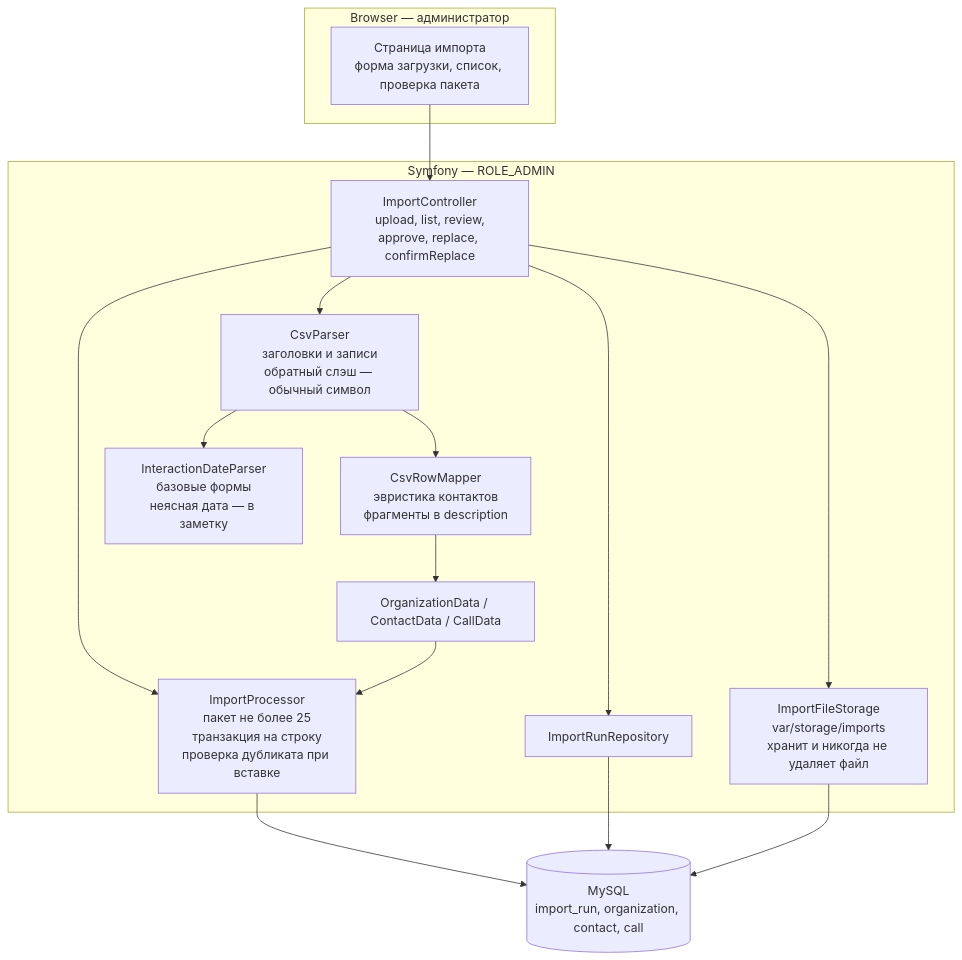
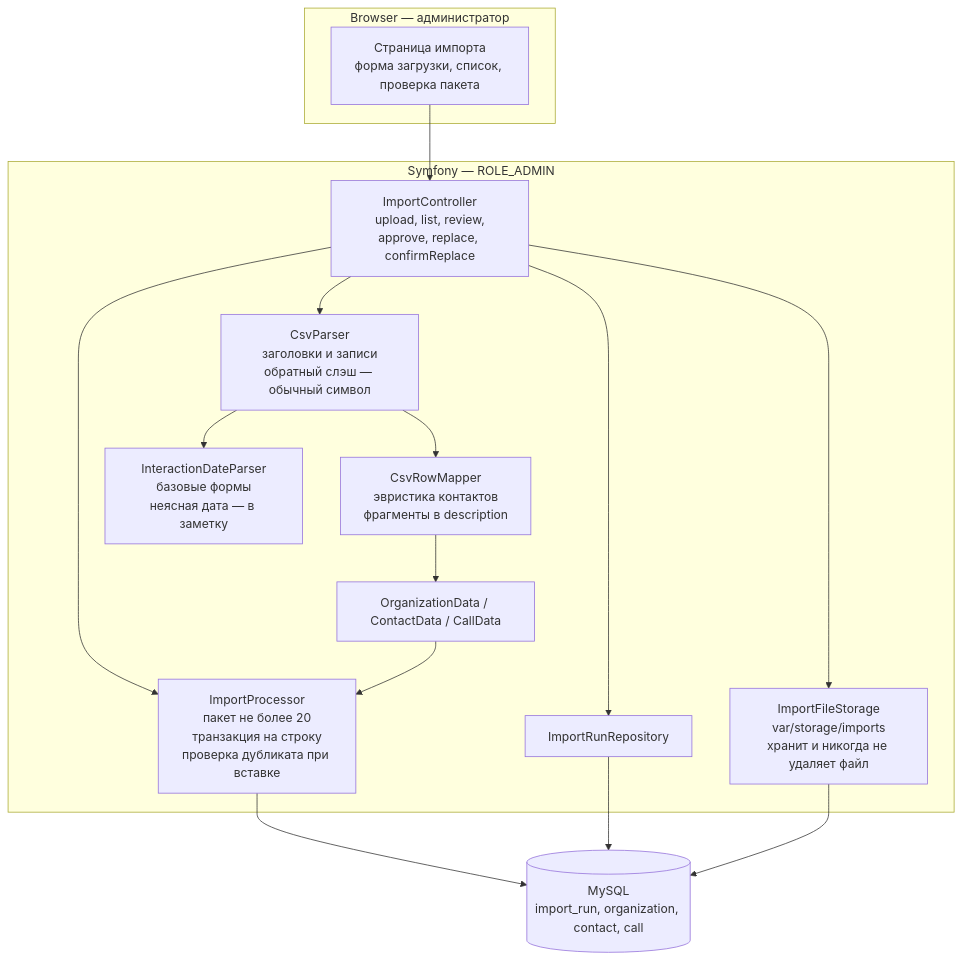
One commit to AliakseiBurak/crm-one changed the first of 3 diagrams in openspec/changes/add-organizations-csv-import/design.md. Above: the diagram before and after it, drawn with Mermaid. The commit also changed other lines of this file and 7 other files, not shown here.

````diff
--- a/openspec/changes/add-organizations-csv-import/design.md
+++ b/openspec/changes/add-organizations-csv-import/design.md
@@ -492,33 +519,33 @@
 ```mermaid
 flowchart TB
   subgraph Browser["Browser — администратор"]
     ImportPage["Страница импорта<br/>форма загрузки, список, проверка пакета"]
   end
 
   subgraph App["Symfony — ROLE_ADMIN"]
     IC["ImportController<br/>upload, list, review,<br/>approve, replace, confirmReplace"]
     ST["ImportFileStorage<br/>var/storage/imports<br/>хранит и никогда не удаляет файл"]
     CP["CsvParser<br/>заголовки и записи<br/>обратный слэш — обычный символ"]
     JM["CsvRowMapper<br/>эвристика контактов<br/>фрагменты в description"]
     IDP["InteractionDateParser<br/>базовые формы<br/>неясная дата — в заметку"]
     DTO["OrganizationData / ContactData / CallData"]
-    IP["ImportProcessor<br/>пакет не более 25<br/>транзакция на строку<br/>проверка дубликата при вставке"]
+    IP["ImportProcessor<br/>пакет не более 20<br/>транзакция на строку<br/>проверка дубликата при вставке"]
     IR["ImportRunRepository"]
   end
 
   DB[(MySQL<br/>import_run, organization, contact, call)]
 
   ImportPage --> IC
 
   IC --> ST
   IC --> CP
   IC --> IP
   IC --> IR
   CP --> JM
   CP --> IDP
   JM --> DTO
   DTO --> IP
   IP --> DB
   IR --> DB
   ST --> DB
 ```
````
